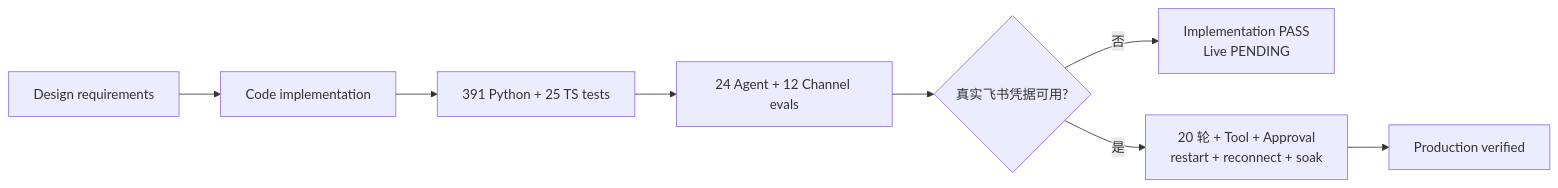
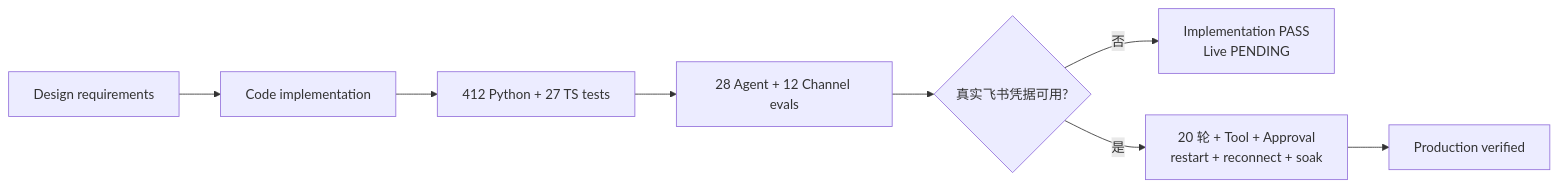
Before and after one commit to NEDONION/lobster0: the first of 2 diagrams in docs/engineering/phase-4/completion-audit.md, drawn with Mermaid. The commit also changed other lines of this file and 26 other files, not shown here.

````diff
--- a/docs/engineering/phase-4/completion-audit.md
+++ b/docs/engineering/phase-4/completion-audit.md
@@ -18,10 +18,10 @@
 ```mermaid
 flowchart LR
     D["Design requirements"] --> C["Code implementation"]
-    C --> U["391 Python + 25 TS tests"]
-    U --> E["24 Agent + 12 Channel evals"]
+    C --> U["412 Python + 27 TS tests"]
+    U --> E["28 Agent + 12 Channel evals"]
     E --> L{"真实飞书凭据可用?"}
     L -->|"否"| P["Implementation PASS\nLive PENDING"]
     L -->|"是"| R["20 轮 + Tool + Approval\nrestart + reconnect + soak"]
     R --> X["Production verified"]
 ```
````
